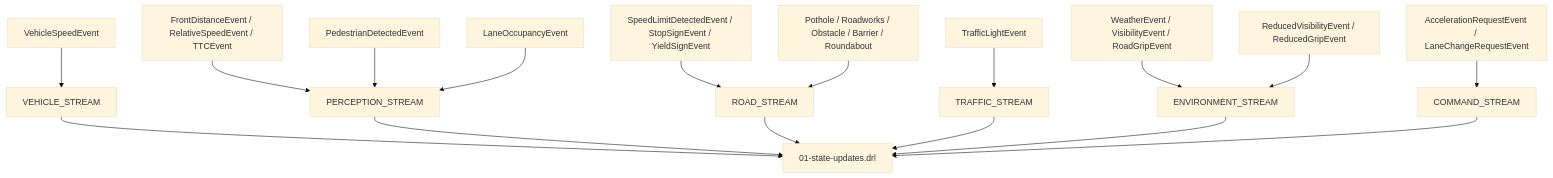
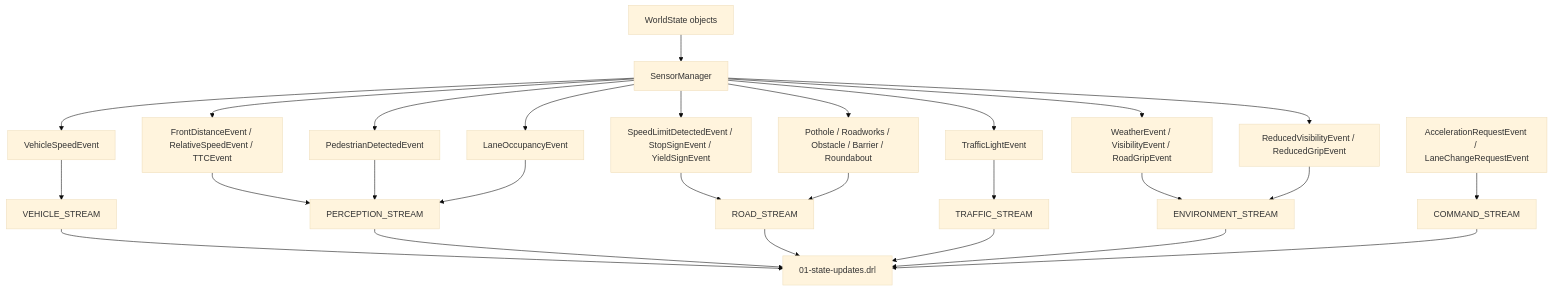
One commit to 1-2Drive/projeto-1 changed the diagram in diagrams/02-rule-stream-routing.md. Above: the diagram before and after it, drawn with Mermaid (base theme). The commit also changed 118 other files, not shown here.

````diff
--- a/diagrams/02-rule-stream-routing.md
+++ b/diagrams/02-rule-stream-routing.md
@@ -1,24 +1,35 @@
 ```mermaid
 flowchart TD
+    WORLD[WorldState objects] --> SENSORS[SensorManager]
+    SENSORS --> SPEED
+    SENSORS --> FRONT
+    SENSORS --> PEDESTRIAN
+    SENSORS --> LANE_OCC
+    SENSORS --> SIGNS
+    SENSORS --> HAZARDS
+    SENSORS --> TL
+    SENSORS --> WEATHER
+    SENSORS --> LOW_ENV
+
     SPEED[VehicleSpeedEvent] --> VEHICLE_STREAM
     FRONT[FrontDistanceEvent / RelativeSpeedEvent / TTCEvent] --> PERCEPTION_STREAM
     PEDESTRIAN[PedestrianDetectedEvent] --> PERCEPTION_STREAM
     LANE_OCC[LaneOccupancyEvent] --> PERCEPTION_STREAM
 
     SIGNS[SpeedLimitDetectedEvent / StopSignEvent / YieldSignEvent] --> ROAD_STREAM
     HAZARDS[Pothole / Roadworks / Obstacle / Barrier / Roundabout] --> ROAD_STREAM
 
     TL[TrafficLightEvent] --> TRAFFIC_STREAM
 
     WEATHER[WeatherEvent / VisibilityEvent / RoadGripEvent] --> ENV_STREAM[ENVIRONMENT_STREAM]
     LOW_ENV[ReducedVisibilityEvent / ReducedGripEvent] --> ENV_STREAM
 
     CMD[AccelerationRequestEvent / LaneChangeRequestEvent] --> CMD_STREAM[COMMAND_STREAM]
 
     VEHICLE_STREAM --> UPDATES[01-state-updates.drl]
     PERCEPTION_STREAM --> UPDATES
     ROAD_STREAM --> UPDATES
     TRAFFIC_STREAM --> UPDATES
     ENV_STREAM --> UPDATES
     CMD_STREAM --> UPDATES
 ```
````
